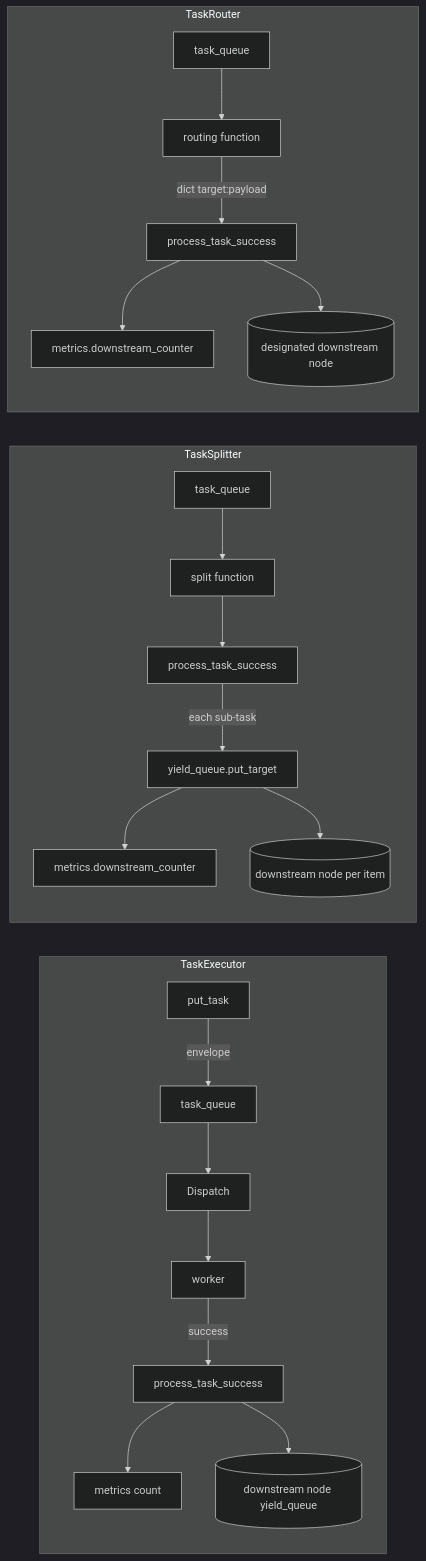
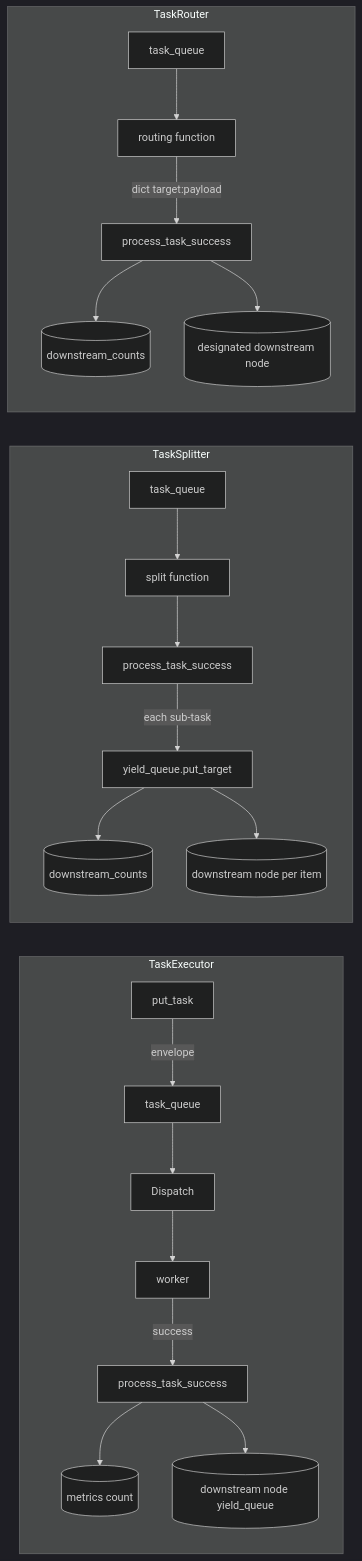
The diagram in docs/en/tests/node/test_nodes.md (Mr-xiaotian/CelestialFlow), drawn with Mermaid (dark theme) before and after one commit. The commit also changed other lines of this file and 157 other files, not shown here.

````diff
--- a/docs/en/tests/node/test_nodes.md
+++ b/docs/en/tests/node/test_nodes.md
@@ -63,26 +66,26 @@
 ```mermaid
 flowchart LR
     subgraph "TaskExecutor"
         PutTask[put_task] -->|envelope| Q[task_queue]
         Q --> D[Dispatch]
         D --> W[worker]
         W -->|success| SP[process_task_success]
-        SP --> Counter[metrics count]
+        SP --> Counter[(metrics count)]
         SP --> Downstream[(downstream node yield_queue)]
     end
 
     subgraph "TaskSplitter"
         Q2[task_queue] --> DS[split function]
         DS --> PSR[process_task_success]
         PSR -->|each sub-task| PSR_put[yield_queue.put_target]
-        PSR_put --> SC[metrics.downstream_counter]
+        PSR_put --> SC[(downstream_counts)]
         PSR_put --> Down2[(downstream node per item)]
     end
 
     subgraph "TaskRouter"
         Q3[task_queue] --> DR[routing function]
         DR -->|dict target:payload| PR[process_task_success]
-        PR --> RC[metrics.downstream_counter]
+        PR --> RC[(downstream_counts)]
         PR --> Down3[(designated downstream node)]
     end
 ```
````
